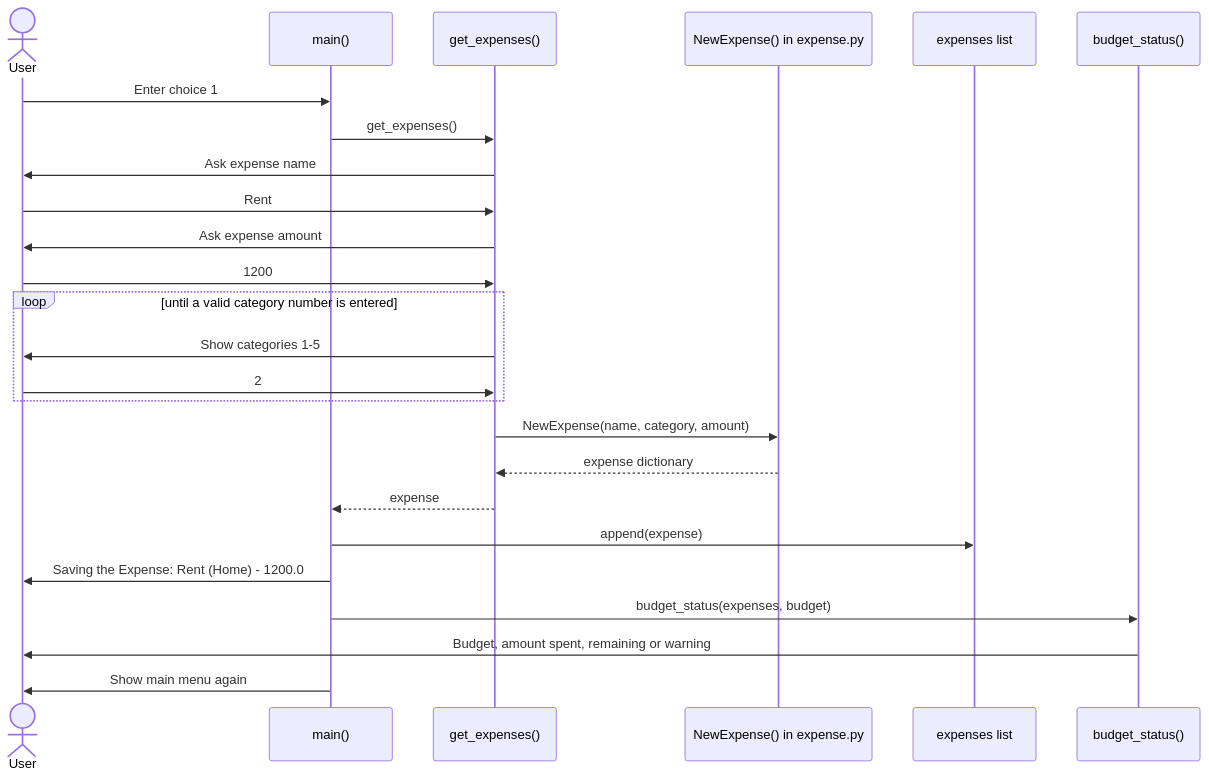
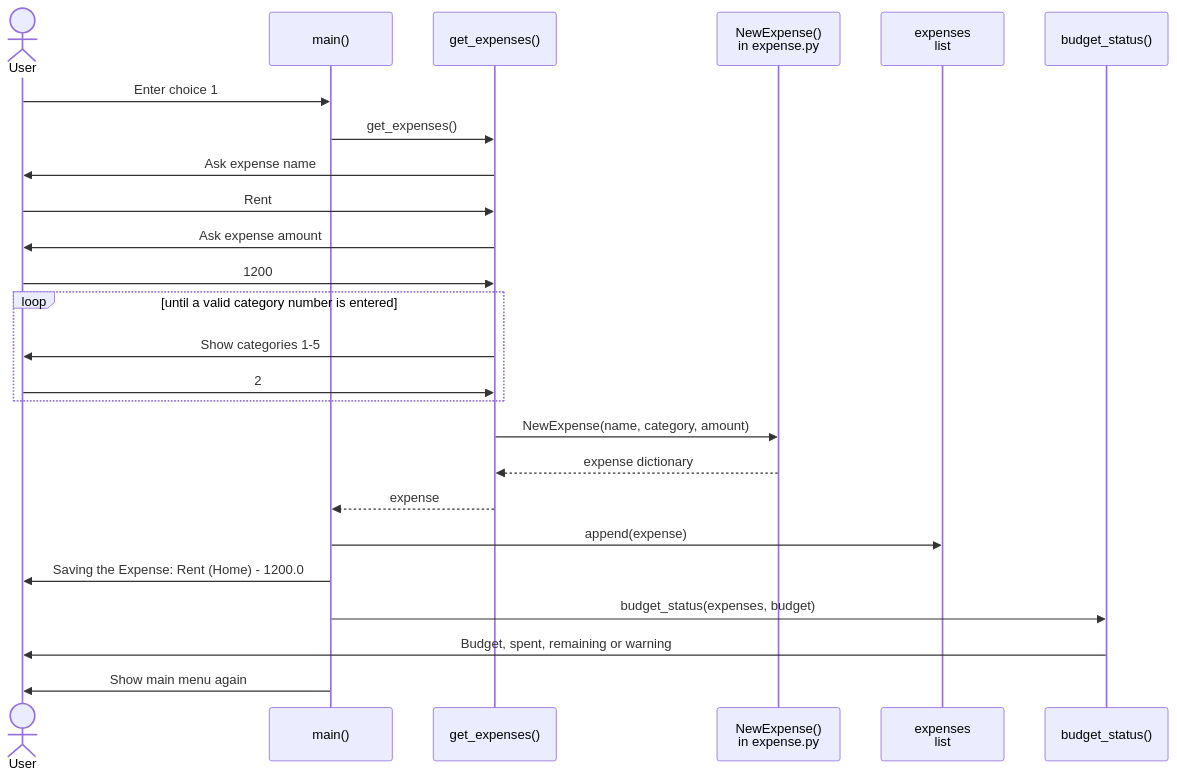
The diagram in diagrams/fig4-sequence.mmd (1divyansh/Expense-tracker-), drawn with Mermaid before and after one commit. The commit also changed 12 other files, not shown here.

```diff
--- a/diagrams/fig4-sequence.mmd
+++ b/diagrams/fig4-sequence.mmd
@@ -1,26 +1,26 @@
 sequenceDiagram
     actor User
     participant M as main()
     participant G as get_expenses()
-    participant N as NewExpense() in expense.py
-    participant L as expenses list
+    participant N as NewExpense()<br/>in expense.py
+    participant L as expenses<br/>list
     participant B as budget_status()
 
     User->>M: Enter choice 1
     M->>G: get_expenses()
     G->>User: Ask expense name
     User->>G: Rent
     G->>User: Ask expense amount
     User->>G: 1200
     loop until a valid category number is entered
         G->>User: Show categories 1-5
         User->>G: 2
     end
     G->>N: NewExpense(name, category, amount)
     N-->>G: expense dictionary
     G-->>M: expense
     M->>L: append(expense)
     M->>User: Saving the Expense: Rent (Home) - 1200.0
     M->>B: budget_status(expenses, budget)
-    B->>User: Budget, amount spent, remaining or warning
+    B->>User: Budget, spent, remaining or warning
     M->>User: Show main menu again
```
